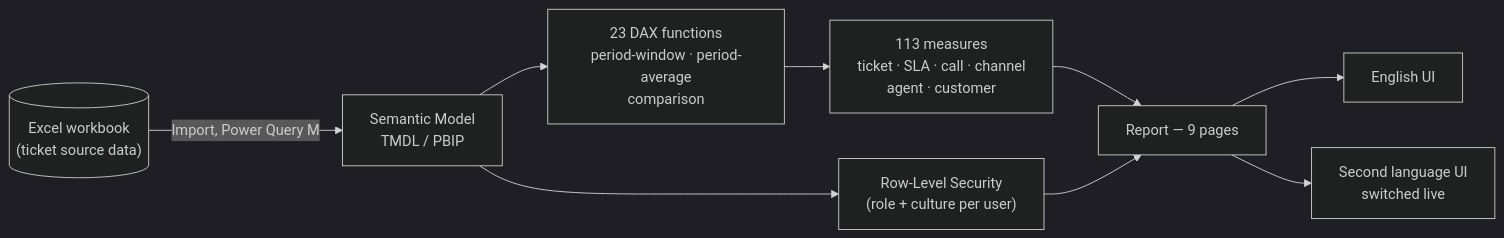
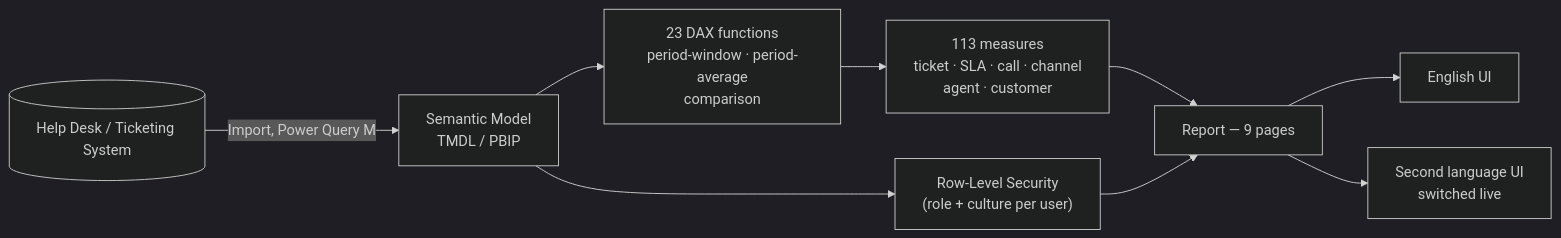
One commit to fuadgashi/CustomerSupport-Analytics changed the diagram in README.md. Above: the diagram before and after it, drawn with Mermaid (dark theme).

````diff
--- a/README.md
+++ b/README.md
@@ -37,11 +37,11 @@
 ```mermaid
 flowchart LR
-    Src[("Excel workbook\n(ticket source data)")] -->|Import, Power Query M| SM[Semantic Model\nTMDL / PBIP]
+    Src[("Help Desk / Ticketing System")] -->|Import, Power Query M| SM[Semantic Model\nTMDL / PBIP]
     SM --> FN["23 DAX functions\nperiod-window · period-average\ncomparison"]
     FN --> DAX["113 measures\nticket · SLA · call · channel\nagent · customer"]
     SM --> RLS["Row-Level Security\n(role + culture per user)"]
     DAX --> RPT[Report — 9 pages]
     RLS --> RPT
     RPT --> EN[English UI]
     RPT --> Alt[Second language UI\nswitched live]
 ```
````
